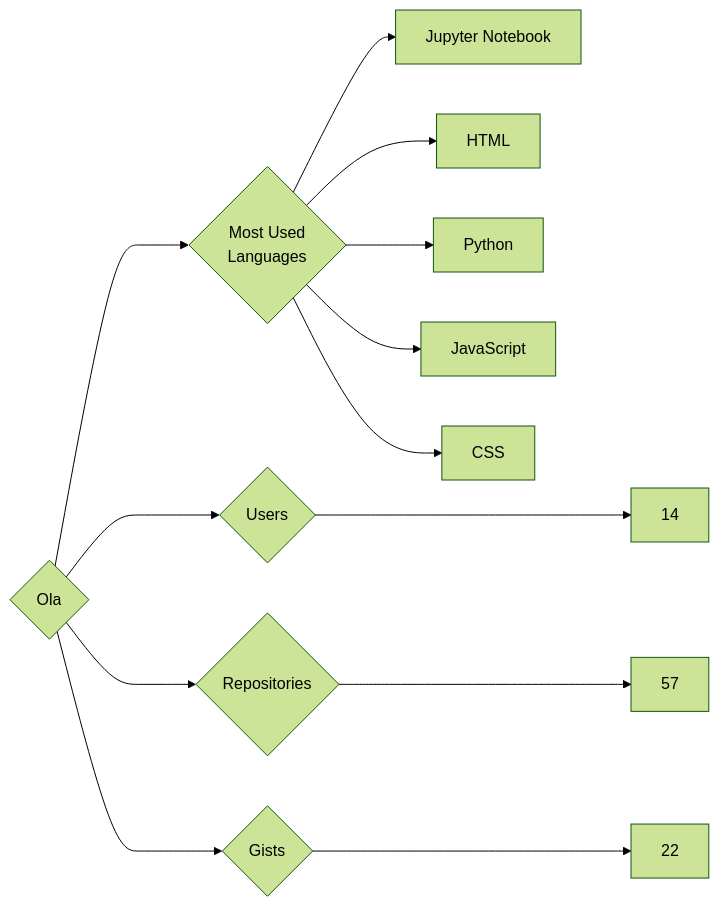
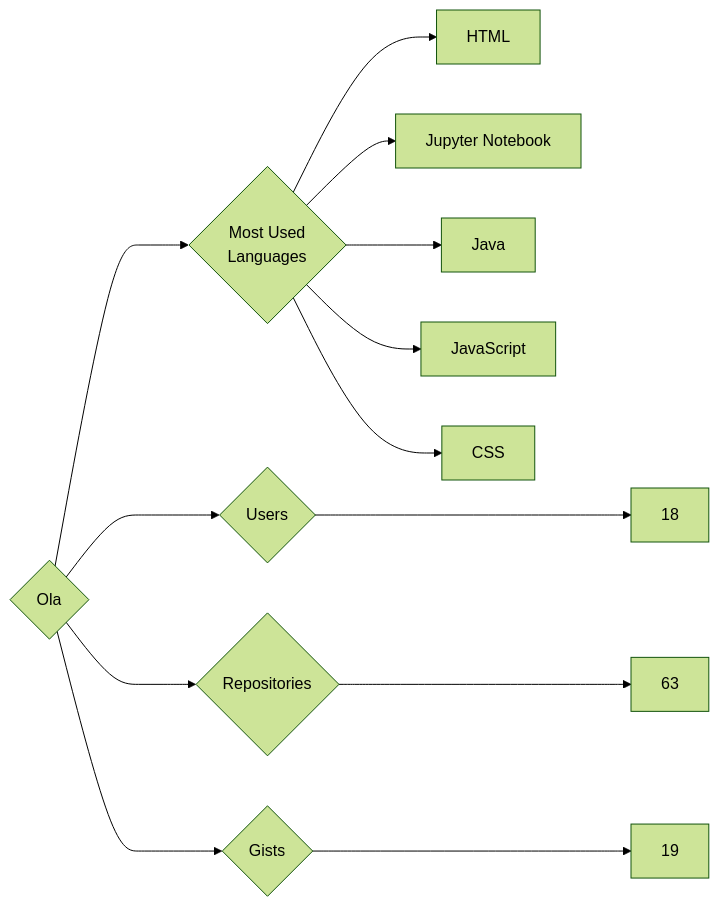
Before and after one commit to trickest/insiders: the diagram in targets/Ola/README.md, drawn with Mermaid (forest theme). The commit also changed 928 other files, not shown here.

````diff
--- a/targets/Ola/README.md
+++ b/targets/Ola/README.md
@@ -3,13 +3,13 @@
 ```mermaid
 graph LR
 COMPANY_NAME{Ola}
-COMPANY_NAME ---> U{Users} ---> UN[14]
-COMPANY_NAME ---> R{Repositories} ---> RN[57]
-COMPANY_NAME ---> G{Gists} ---> GN[22]
+COMPANY_NAME ---> U{Users} ---> UN[18]
+COMPANY_NAME ---> R{Repositories} ---> RN[63]
+COMPANY_NAME ---> G{Gists} ---> GN[19]
 COMPANY_NAME ---> ML{Most Used<br>Languages}
+ML --> HTML[HTML]
 ML --> Jupyter_Notebook[Jupyter Notebook]
-ML --> HTML[HTML]
-ML --> Python[Python]
+ML --> Java[Java]
 ML --> JavaScript[JavaScript]
 ML --> CSS[CSS]
 ```
````
